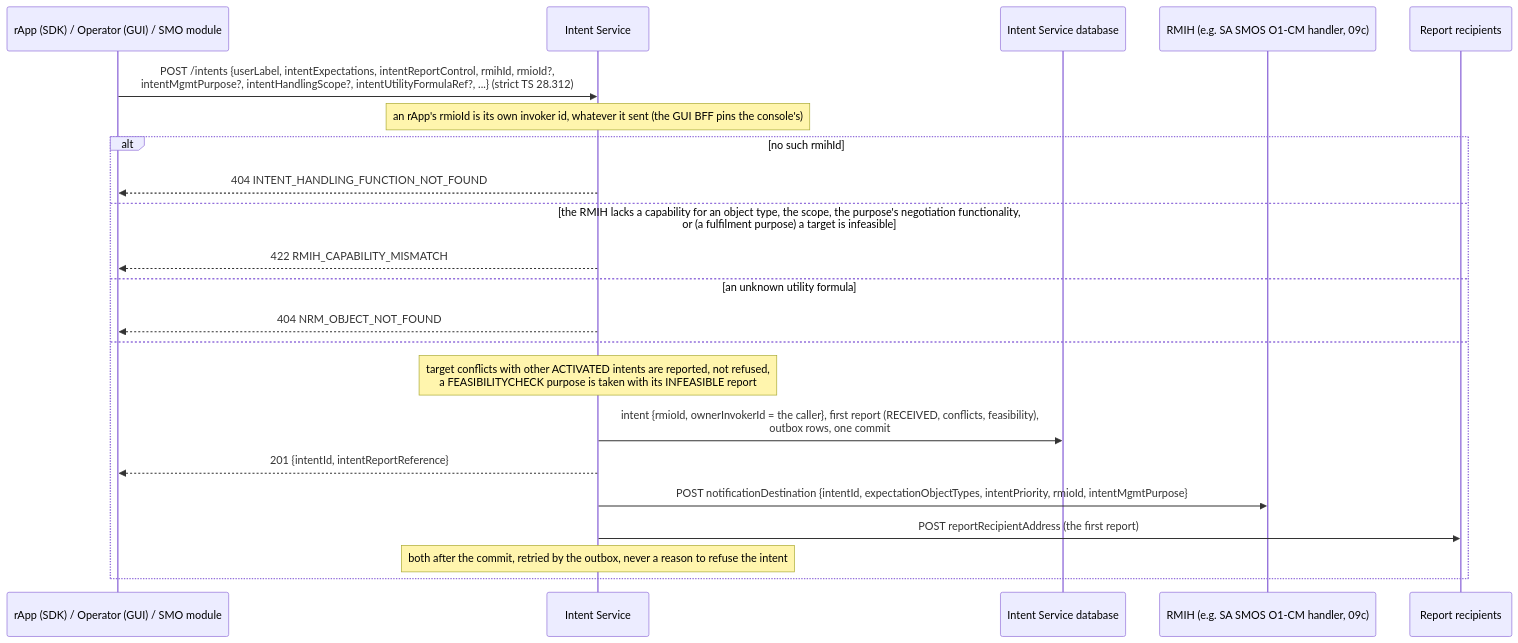
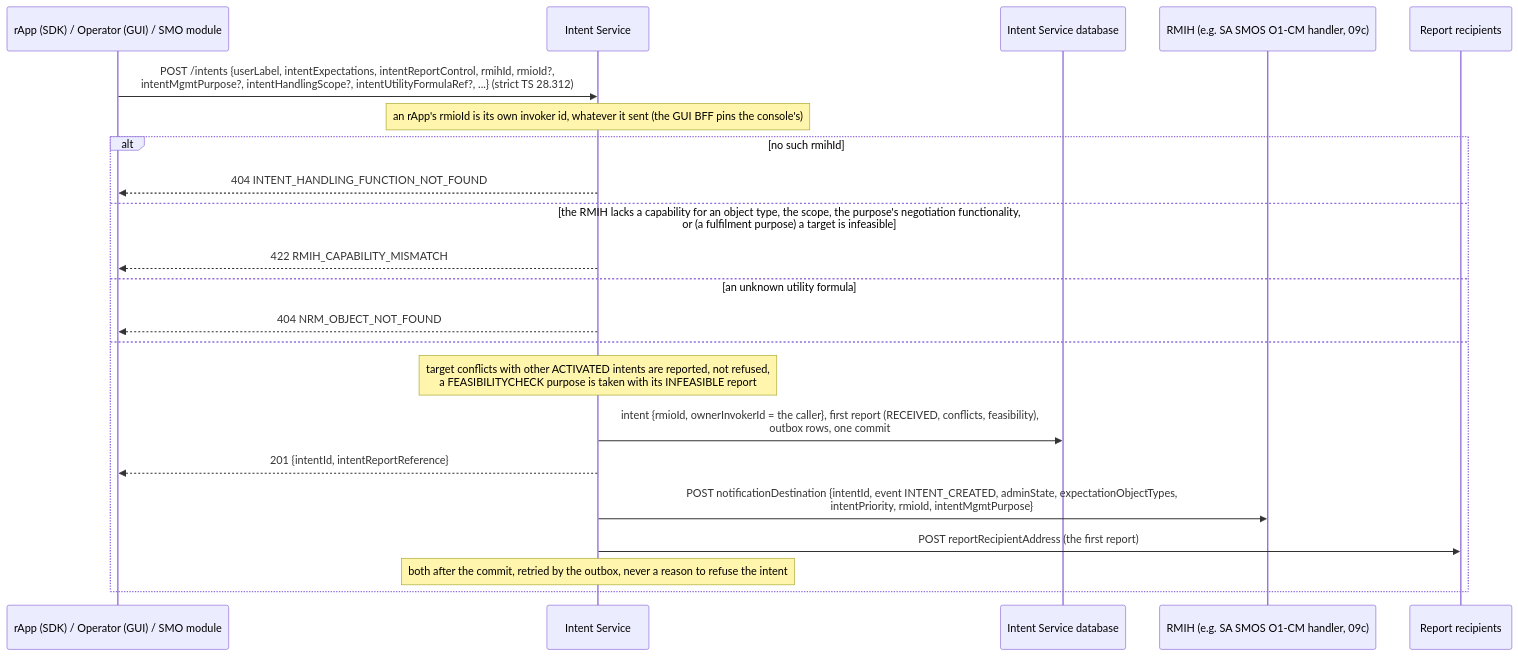
One commit to rsys-bshankar/ai-ran-smo changed the first of 5 diagrams in smo/docs/call-flows/09-intent-service-intent-flow.md. Above: the diagram before and after it, drawn with Mermaid. The commit also changed other lines of this file and 29 other files, not shown here.

````diff
--- a/smo/docs/call-flows/09-intent-service-intent-flow.md
+++ b/smo/docs/call-flows/09-intent-service-intent-flow.md
@@ -32,25 +32,25 @@
 ```mermaid
 sequenceDiagram
     participant C as rApp (SDK) / Operator (GUI) / SMO module
     participant IS as Intent Service
     participant DB as Intent Service database
     participant H as RMIH (e.g. SA SMOS O1-CM handler, 09c)
     participant RR as Report recipients
 
     C->>IS: POST /intents {userLabel, intentExpectations, intentReportControl, rmihId, rmioId?,<br/>intentMgmtPurpose?, intentHandlingScope?, intentUtilityFormulaRef?, ...} (strict TS 28.312)
     Note over IS: an rApp's rmioId is its own invoker id, whatever it sent (the GUI BFF pins the console's)
     alt no such rmihId
         IS-->>C: 404 INTENT_HANDLING_FUNCTION_NOT_FOUND
     else the RMIH lacks a capability for an object type, the scope, the purpose's negotiation functionality,<br/>or (a fulfilment purpose) a target is infeasible
         IS-->>C: 422 RMIH_CAPABILITY_MISMATCH
     else an unknown utility formula
         IS-->>C: 404 NRM_OBJECT_NOT_FOUND
     else
         Note over IS: target conflicts with other ACTIVATED intents are reported, not refused,<br/>a FEASIBILITYCHECK purpose is taken with its INFEASIBLE report
         IS->>DB: intent {rmioId, ownerInvokerId = the caller}, first report (RECEIVED, conflicts, feasibility),<br/>outbox rows, one commit
         IS-->>C: 201 {intentId, intentReportReference}
-        IS->>H: POST notificationDestination {intentId, expectationObjectTypes, intentPriority, rmioId, intentMgmtPurpose}
+        IS->>H: POST notificationDestination {intentId, event INTENT_CREATED, adminState, expectationObjectTypes,<br/>intentPriority, rmioId, intentMgmtPurpose}
         IS->>RR: POST reportRecipientAddress (the first report)
         Note over IS: both after the commit, retried by the outbox, never a reason to refuse the intent
     end
 ```
````
